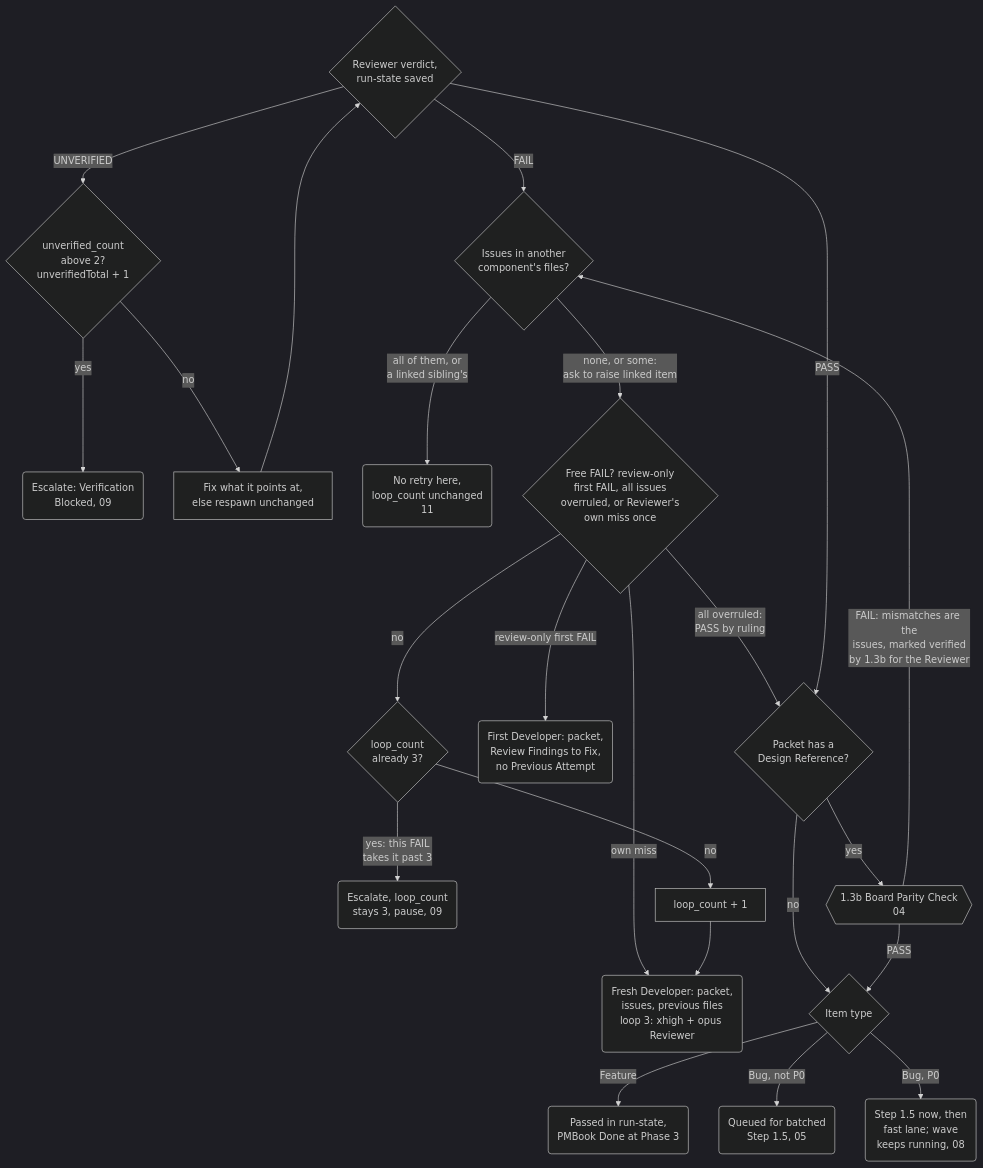
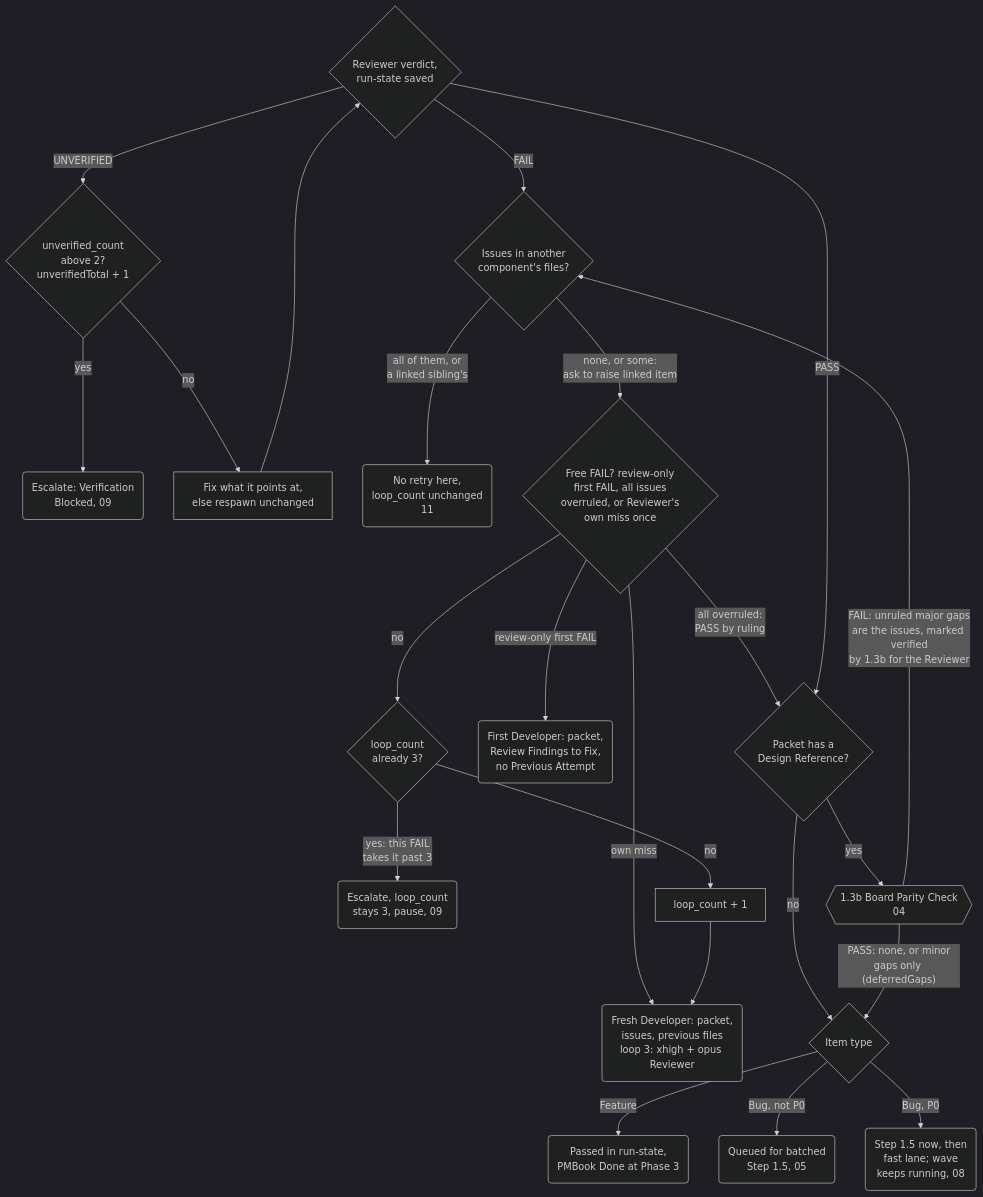
The third of 4 diagrams in skills/plugin-orchestrator-development-pattern/mermaid/03-phase1-work-item-loop.md (muhammedalikhan86/claude-stash), drawn with Mermaid (dark theme) before and after one commit. The commit also changed 30 other files, not shown here.

First line of the commit message:
feat(skills): disparity-checker, findings intake, major-only parity gate; link accounts

````diff
--- a/skills/plugin-orchestrator-development-pattern/mermaid/03-phase1-work-item-loop.md
+++ b/skills/plugin-orchestrator-development-pattern/mermaid/03-phase1-work-item-loop.md
@@ -52,25 +52,25 @@
 ```mermaid
 flowchart TD
     V{"Reviewer verdict,<br/>run-state saved"} -->|"UNVERIFIED"| U{"unverified_count<br/>above 2?<br/>unverifiedTotal + 1"}
     U -->|"yes"| EscV("Escalate: Verification<br/>Blocked, 09")
     U -->|"no"| Fix["Fix what it points at,<br/>else respawn unchanged"]
     Fix --> V
     V -->|"FAIL"| Where{"Issues in another<br/>component's files?"}
     Where -->|"all of them, or<br/>a linked sibling's"| XC("No retry here,<br/>loop_count unchanged<br/>11")
     Where -->|"none, or some:<br/>ask to raise linked item"| Free{"Free FAIL? review-only<br/>first FAIL, all issues<br/>overruled, or Reviewer's<br/>own miss once"}
     Free -->|"all overruled:<br/>PASS by ruling"| DR
     Free -->|"review-only first FAIL"| First("First Developer: packet,<br/>Review Findings to Fix,<br/>no Previous Attempt")
     Free -->|"own miss"| Retry
     Free -->|"no"| Over{"loop_count<br/>already 3?"}
     Over -->|"yes: this FAIL<br/>takes it past 3"| Esc("Escalate, loop_count<br/>stays 3, pause, 09")
     Over -->|"no"| Inc["loop_count + 1"]
     Inc --> Retry("Fresh Developer: packet,<br/>issues, previous files<br/>loop 3: xhigh + opus Reviewer")
     V -->|"PASS"| DR{"Packet has a<br/>Design Reference?"}
     DR -->|"yes"| Par{{"1.3b Board Parity Check<br/>04"}}
-    Par -->|"FAIL: mismatches are the<br/>issues, marked verified<br/>by 1.3b for the Reviewer"| Where
+    Par -->|"FAIL: unruled major gaps<br/>are the issues, marked verified<br/>by 1.3b for the Reviewer"| Where
     DR -->|"no"| Kind{"Item type"}
-    Par -->|"PASS"| Kind
+    Par -->|"PASS: none, or minor<br/>gaps only (deferredGaps)"| Kind
     Kind -->|"Feature"| Feat("Passed in run-state,<br/>PMBook Done at Phase 3")
     Kind -->|"Bug, not P0"| Queue("Queued for batched<br/>Step 1.5, 05")
     Kind -->|"Bug, P0"| P0("Step 1.5 now, then<br/>fast lane; wave<br/>keeps running, 08")
 ```
````
